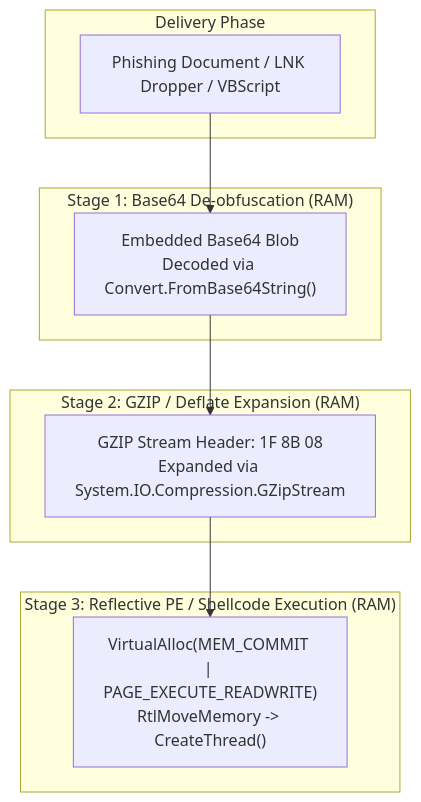
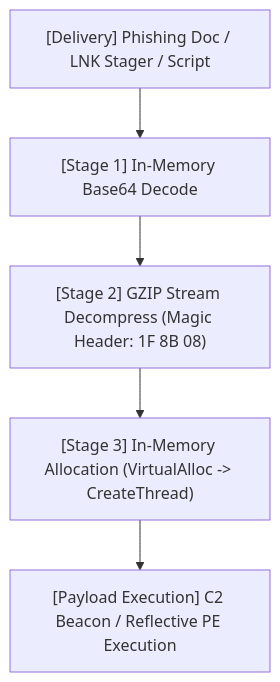
The second of 2 diagrams in docs/02_MALWARE_OBFUSCATION.md (veruthiaoperations-cloud/B64LAB), drawn with Mermaid before and after one commit. The commit also changed 6 other files, not shown here.

Commit message:
docs: add comprehensive schema cheat sheet, step-by-step visualizer, curriculum roadmap, and verified links

````diff
--- a/docs/02_MALWARE_OBFUSCATION.md
+++ b/docs/02_MALWARE_OBFUSCATION.md
@@ -59,22 +59,7 @@
 ```mermaid
-graph TD
-    subgraph "Delivery Phase"
-        A["Phishing Document / LNK Dropper / VBScript"]
-    end
-
-    subgraph "Stage 1: Base64 De-obfuscation (RAM)"
-        B["Embedded Base64 Blob<br>Decoded via Convert.FromBase64String()"]
-    end
-
-    subgraph "Stage 2: GZIP / Deflate Expansion (RAM)"
-        C["GZIP Stream Header: 1F 8B 08<br>Expanded via System.IO.Compression.GZipStream"]
-    end
-
-    subgraph "Stage 3: Reflective PE / Shellcode Execution (RAM)"
-        D["VirtualAlloc(MEM_COMMIT | PAGE_EXECUTE_READWRITE)<br>RtlMoveMemory -> CreateThread()"]
-    end
-
-    A --> B
-    B --> C
-    C --> D
+flowchart TD
+    A["[Delivery] Phishing Doc / LNK Stager / Script"] --> B["[Stage 1] In-Memory Base64 Decode"]
+    B --> C["[Stage 2] GZIP Stream Decompress (Magic Header: 1F 8B 08)"]
+    C --> D["[Stage 3] In-Memory Allocation (VirtualAlloc -> CreateThread)"]
+    D --> E["[Payload Execution] C2 Beacon / Reflective PE Execution"]
 ```
````
